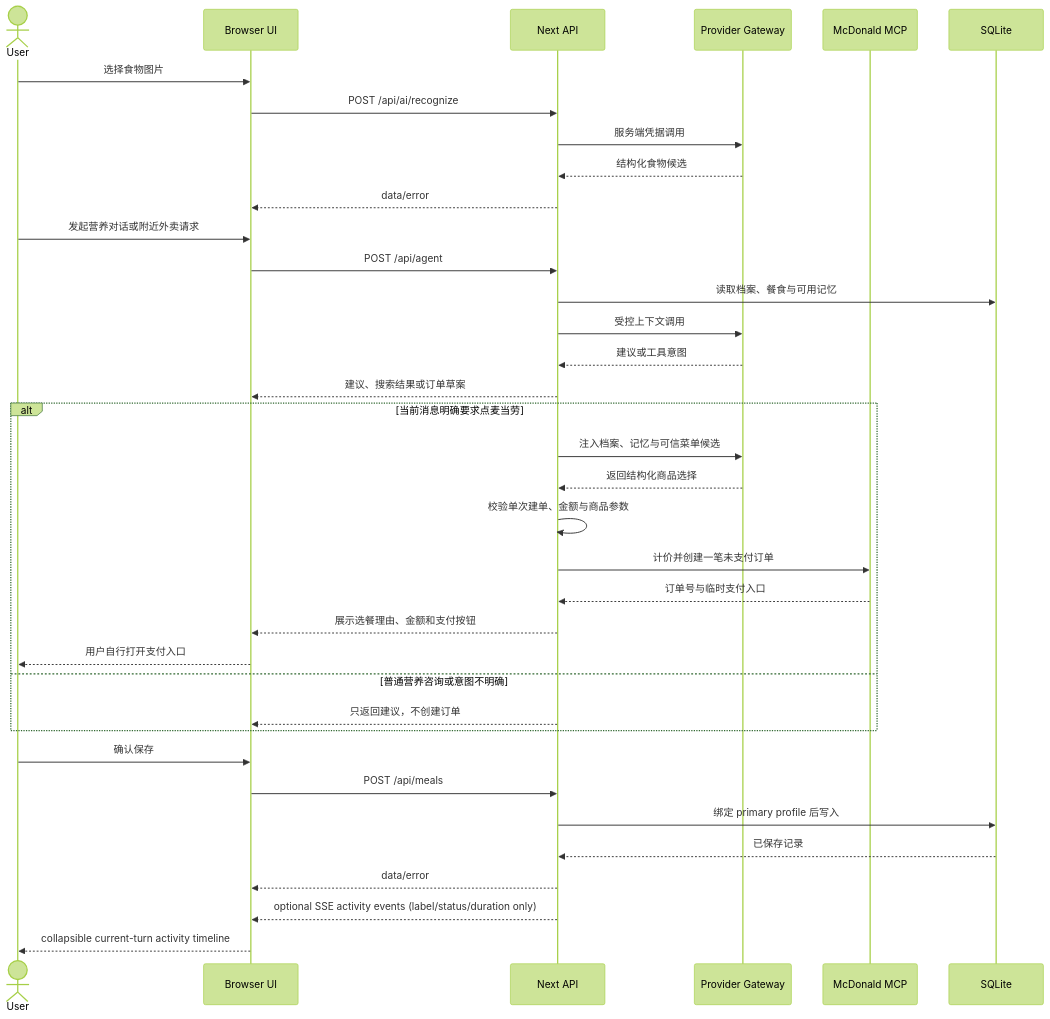
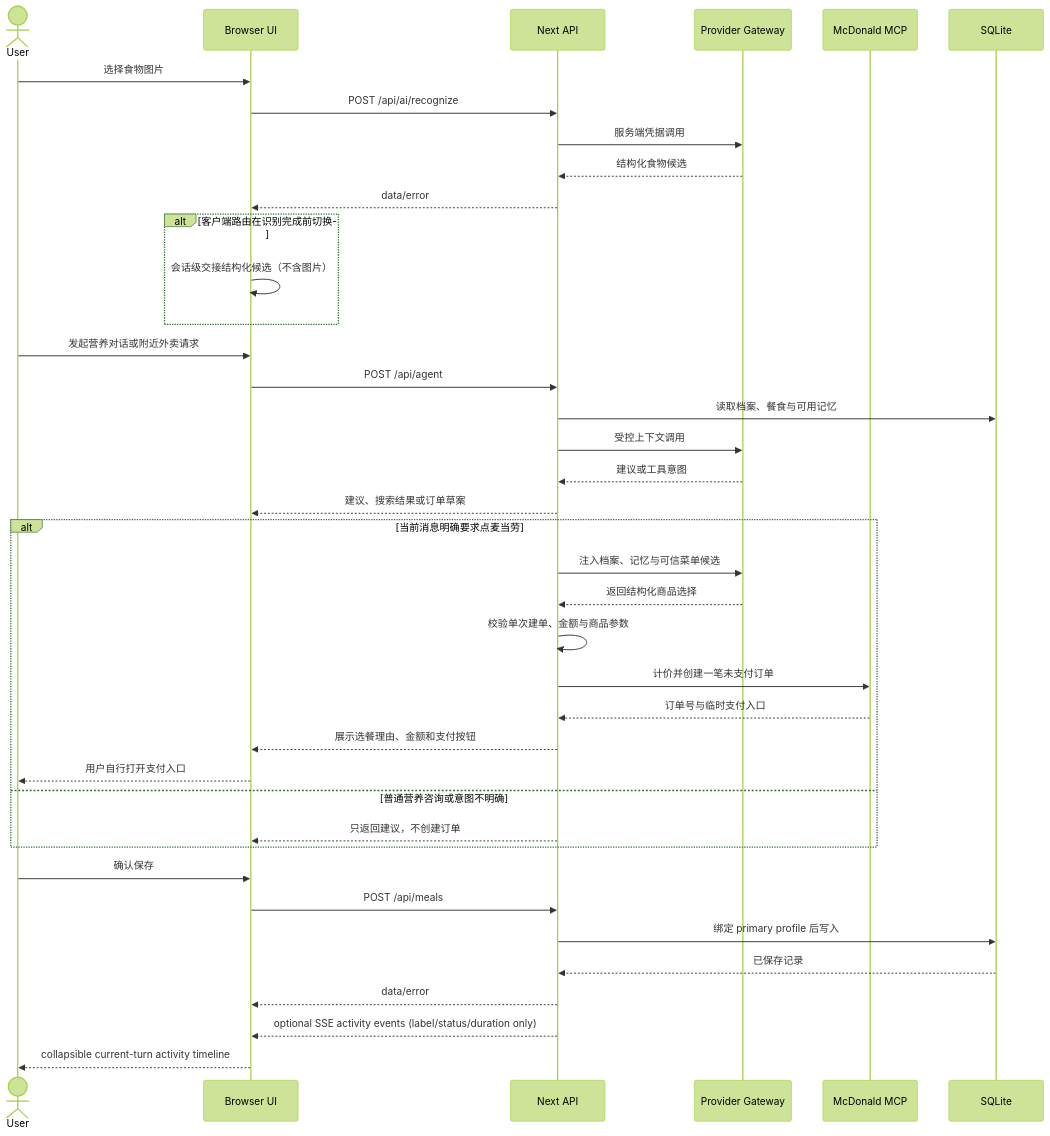
Before and after one commit to lehengzhangJacob/software_train: the diagram in dev_repo/architecture/diagrams/runtime-flow.mmd, drawn with Mermaid (forest theme). The commit also changed 10 other files, not shown here.

Commit message:
docs(architecture): record recognition handoff

```diff
--- a/dev_repo/architecture/diagrams/runtime-flow.mmd
+++ b/dev_repo/architecture/diagrams/runtime-flow.mmd
@@ -1,36 +1,39 @@
 sequenceDiagram
   actor User
   participant UI as Browser UI
   participant API as Next API
   participant AI as Provider Gateway
   participant MCP as McDonald MCP
   participant DB as SQLite
   User->>UI: 选择食物图片
   UI->>API: POST /api/ai/recognize
   API->>AI: 服务端凭据调用
   AI-->>API: 结构化食物候选
   API-->>UI: data/error
+  alt 客户端路由在识别完成前切换
+    UI->>UI: 会话级交接结构化候选（不含图片）
+  end
   User->>UI: 发起营养对话或附近外卖请求
   UI->>API: POST /api/agent
   API->>DB: 读取档案、餐食与可用记忆
   API->>AI: 受控上下文调用
   AI-->>API: 建议或工具意图
   API-->>UI: 建议、搜索结果或订单草案
   alt 当前消息明确要求点麦当劳
     API->>AI: 注入档案、记忆与可信菜单候选
     AI-->>API: 返回结构化商品选择
     API->>API: 校验单次建单、金额与商品参数
     API->>MCP: 计价并创建一笔未支付订单
     MCP-->>API: 订单号与临时支付入口
     API-->>UI: 展示选餐理由、金额和支付按钮
     UI-->>User: 用户自行打开支付入口
   else 普通营养咨询或意图不明确
     API-->>UI: 只返回建议，不创建订单
   end
   User->>UI: 确认保存
   UI->>API: POST /api/meals
   API->>DB: 绑定 primary profile 后写入
   DB-->>API: 已保存记录
   API-->>UI: data/error
   API-->>UI: optional SSE activity events (label/status/duration only)
   UI-->>User: collapsible current-turn activity timeline
```
